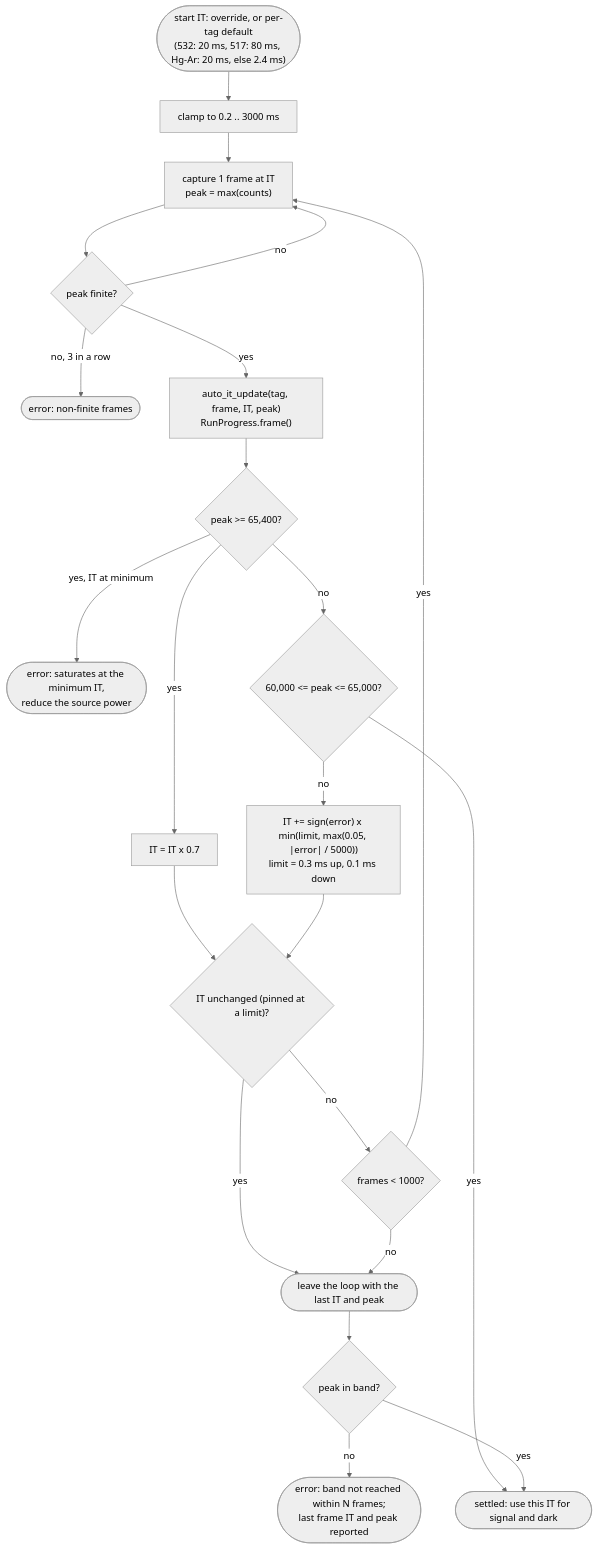
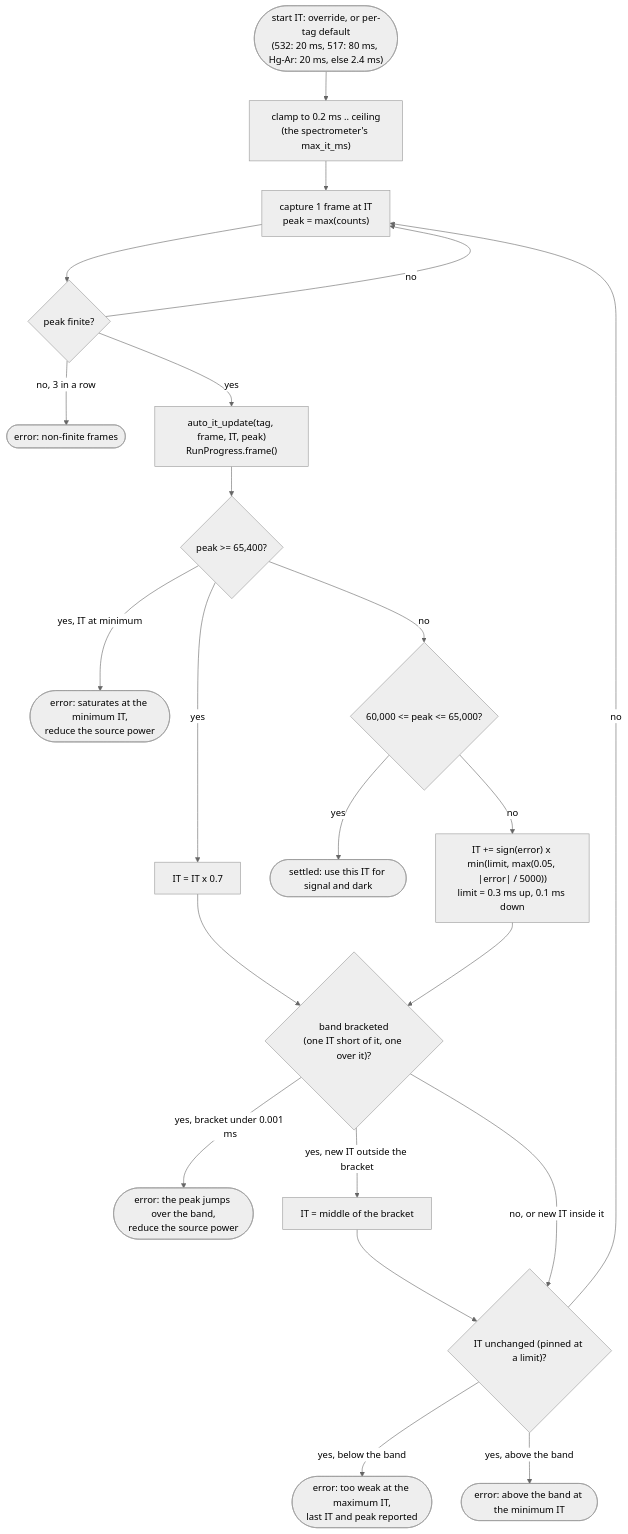
One commit to ashutoshjoshi1/SciLab-V3.4 changed diagram 13 of 18 in docs/design-document.md. Above: the diagram before and after it, drawn with Mermaid (neutral theme). The commit also changed other lines of this file and 28 other files, not shown here.

````diff
--- a/docs/design-document.md
+++ b/docs/design-document.md
@@ -631,23 +636,22 @@
 ```mermaid
 flowchart TD
-    start(["start IT: override, or per-tag default<br/>(532: 20 ms, 517: 80 ms, Hg-Ar: 20 ms, else 2.4 ms)"]) --> clamp["clamp to 0.2 .. 3000 ms"]
+    start(["start IT: override, or per-tag default<br/>(532: 20 ms, 517: 80 ms, Hg-Ar: 20 ms, else 2.4 ms)"]) --> clamp["clamp to 0.2 ms .. ceiling<br/>(the spectrometer's max_it_ms)"]
     clamp --> frame["capture 1 frame at IT<br/>peak = max(counts)"]
     frame --> finite{"peak finite?"}
     finite -->|"no, 3 in a row"| err1(["error: non-finite frames"])
     finite -->|no| frame
     finite -->|yes| report["auto_it_update(tag, frame, IT, peak)<br/>RunProgress.frame()"]
     report --> sat{"peak >= 65,400?"}
     sat -->|"yes, IT at minimum"| err2(["error: saturates at the minimum IT,<br/>reduce the source power"])
-    sat -->|yes| back["IT = IT x 0.7"] --> pinned
+    sat -->|yes| back["IT = IT x 0.7"] --> bracket
     sat -->|no| band{"60,000 <= peak <= 65,000?"}
     band -->|yes| done(["settled: use this IT for signal and dark"])
     band -->|no| step["IT += sign(error) x min(limit, max(0.05, |error| / 5000))<br/>limit = 0.3 ms up, 0.1 ms down"]
-    step --> pinned{"IT unchanged (pinned at a limit)?"}
-    pinned -->|yes| out(["leave the loop with the last IT and peak"])
-    pinned -->|no| budget{"frames < 1000?"}
-    budget -->|yes| frame
-    budget -->|no| out
-    out --> check{"peak in band?"}
-    check -->|no| err3(["error: band not reached within N frames;<br/>last frame IT and peak reported"])
-    check -->|yes| done
+    step --> bracket{"band bracketed<br/>(one IT short of it, one over it)?"}
+    bracket -->|"yes, bracket under 0.001 ms"| err3(["error: the peak jumps over the band,<br/>reduce the source power"])
+    bracket -->|"yes, new IT outside the bracket"| half["IT = middle of the bracket"] --> pinned
+    bracket -->|"no, or new IT inside it"| pinned{"IT unchanged (pinned at a limit)?"}
+    pinned -->|"yes, below the band"| err4(["error: too weak at the maximum IT,<br/>last IT and peak reported"])
+    pinned -->|"yes, above the band"| err5(["error: above the band at the minimum IT"])
+    pinned -->|no| frame
 ```
````
